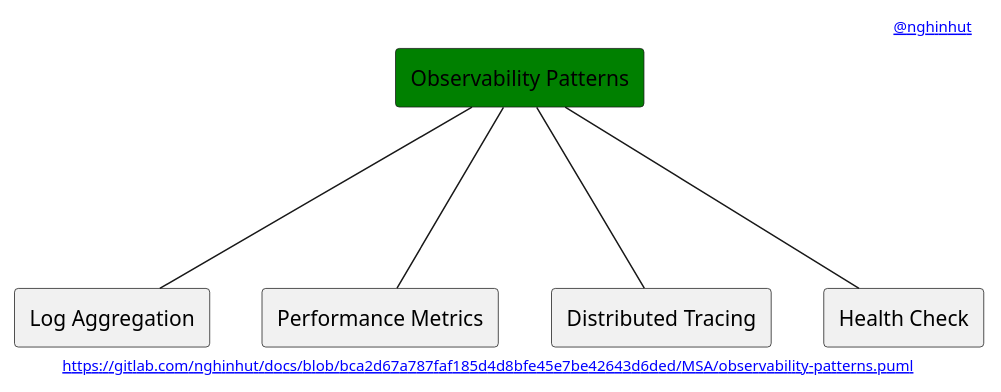
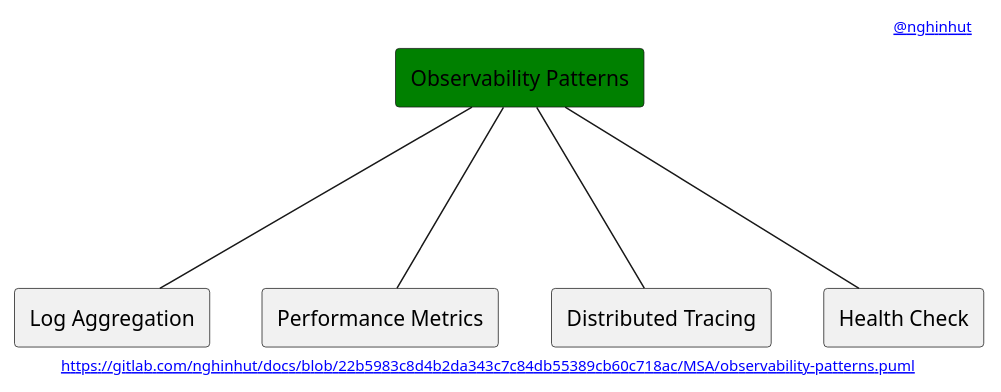
Before and after one commit to nghinhut/docs: the diagram in MSA/observability-patterns.puml, drawn with PlantUML. The commit also changed 48 other files, not shown here.

```diff
--- a/MSA/observability-patterns.puml
+++ b/MSA/observability-patterns.puml
@@ -1,18 +1,18 @@
 @startuml
 '-----START auto generated metadata please keep comment here to allow auto update-----
 '-----DON'T EDIT THIS SECTION, INSTEAD RE-RUN prebuild.sh TO UPDATE-----
-header [[https://www.nghinhut.dev?from=http%5C%3A%5C%2F%5C%2Fwww%5C.plantuml%5C.com%5C%2Fplantuml%5C%2Fproxy%3Ffmt%3Dsvg%5C%26src%3Dhttps%5C%3A%5C%2F%5C%2Fgitlab%5C.com%5C%2Fnghinhut%5C%2Fdocs%5C%2Fraw%5C%2Fbca2d67a787faf185d4d8bfe45e7be42643d6ded%5C%2FMSA%5C%2Fobservability-patterns%5C.puml%0A @nghinhut]]
-footer [[http://www.plantuml.com/plantuml/proxy?fmt=svg&src=https://gitlab.com/nghinhut/docs/raw/bca2d67a787faf185d4d8bfe45e7be42643d6ded/MSA/observability-patterns.puml https://gitlab.com/nghinhut/docs/blob/bca2d67a787faf185d4d8bfe45e7be42643d6ded/MSA/observability-patterns.puml]]
+header [[https://www.nghinhut.dev?from=http%5C%3A%5C%2F%5C%2Fwww%5C.plantuml%5C.com%5C%2Fplantuml%5C%2Fproxy%3Ffmt%3Dsvg%5C%26src%3Dhttps%5C%3A%5C%2F%5C%2Fgitlab%5C.com%5C%2Fnghinhut%5C%2Fdocs%5C%2Fraw%5C%2F22b5983c8d4b2da343c7c84db55389cb60c718ac%5C%2FMSA%5C%2Fobservability-patterns%5C.puml%0A @nghinhut]]
+footer [[http://www.plantuml.com/plantuml/proxy?fmt=svg&src=https://gitlab.com/nghinhut/docs/raw/22b5983c8d4b2da343c7c84db55389cb60c718ac/MSA/observability-patterns.puml https://gitlab.com/nghinhut/docs/blob/22b5983c8d4b2da343c7c84db55389cb60c718ac/MSA/observability-patterns.puml]]
 '-----END auto generated metadata please keep comment here to allow auto update-----
 
 rectangle "Observability Patterns" as Observability #green
 
 rectangle "Log Aggregation" as ObservabilityP1
 rectangle "Performance Metrics" as ObservabilityP2
 rectangle "Distributed Tracing" as ObservabilityP3
 rectangle "Health Check" as ObservabilityP4
 Observability --- ObservabilityP1
 Observability --- ObservabilityP2
 Observability --- ObservabilityP3
 Observability --- ObservabilityP4
 @enduml
```
